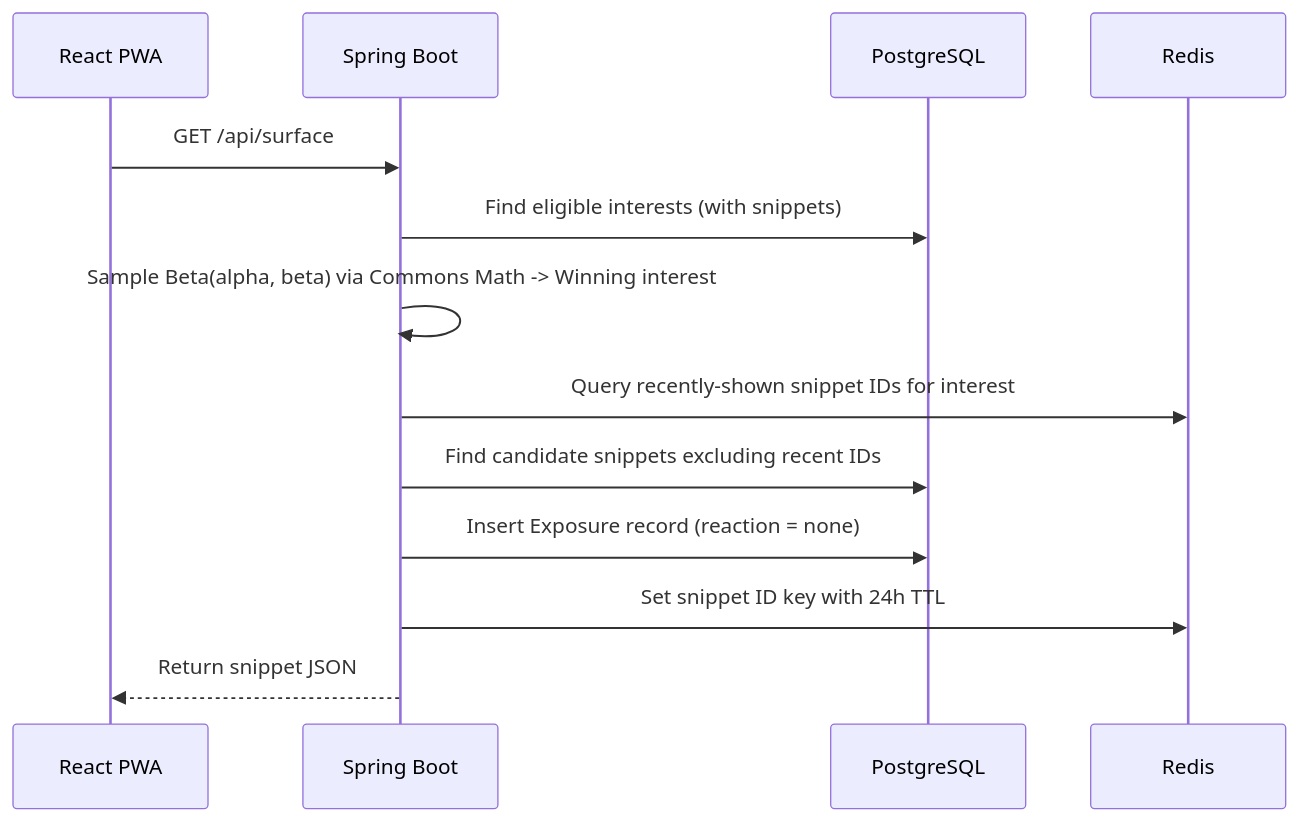
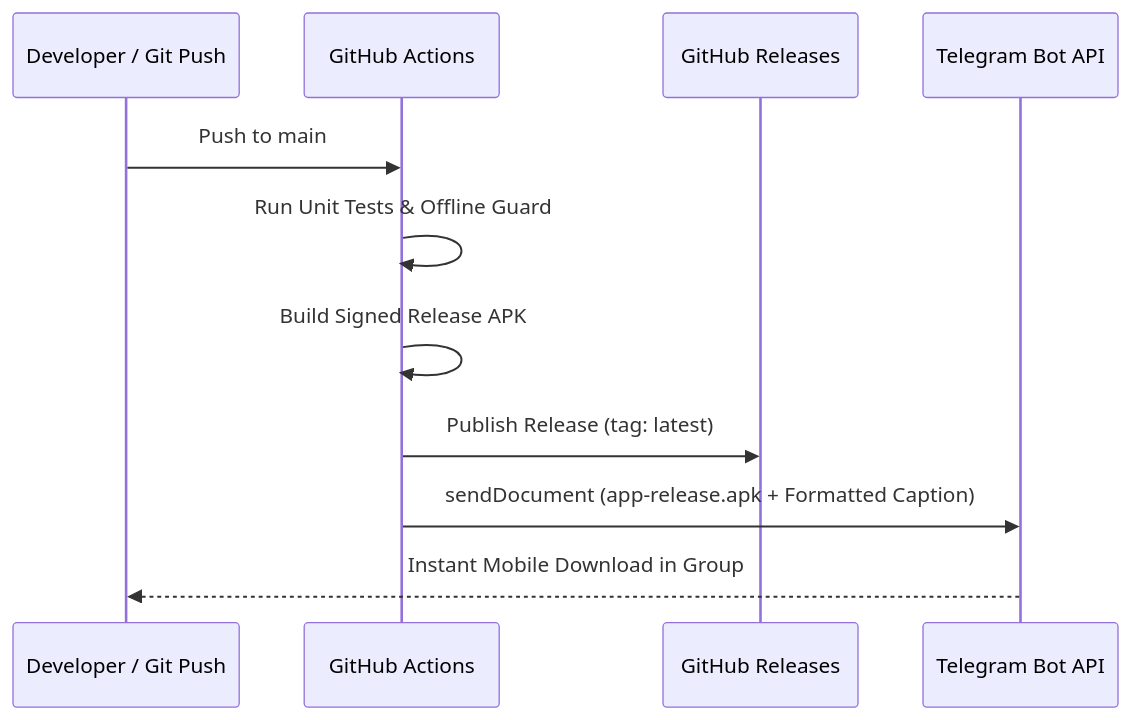
Before and after one commit to VishalWadg/Rekindle: the fourth of 4 diagrams in docs/architecture.md, drawn with Mermaid. The commit also changed other lines of this file and 3 other files, not shown here.

Commit message:
feat: enforce base interests/memories in onboarding, upgrade frequency UI, remove test settings, and update architecture/ADR docs

````diff
--- a/docs/architecture.md
+++ b/docs/architecture.md
@@ -129,16 +148,14 @@
 ```mermaid
 sequenceDiagram
-    participant App as React PWA
-    participant API as Spring Boot
-    participant DB as PostgreSQL
-    participant Cache as Redis
+    participant Dev as Developer / Git Push
+    participant GHA as GitHub Actions
+    participant GHR as GitHub Releases
+    participant TG as Telegram Bot API
 
-    App->>API: GET /api/surface
-    API->>DB: Find eligible interests (with snippets)
-    API->>API: Sample Beta(alpha, beta) via Commons Math -> Winning interest
-    API->>Cache: Query recently-shown snippet IDs for interest
-    API->>DB: Find candidate snippets excluding recent IDs
-    API->>DB: Insert Exposure record (reaction = none)
-    API->>Cache: Set snippet ID key with 24h TTL
-    API-->>App: Return snippet JSON
+    Dev->>GHA: Push to main
+    GHA->>GHA: Run Unit Tests & Offline Guard
+    GHA->>GHA: Build Signed Release APK
+    GHA->>GHR: Publish Release (tag: latest)
+    GHA->>TG: sendDocument (app-release.apk + Formatted Caption)
+    TG-->>Dev: Instant Mobile Download in Group
 ```
````
